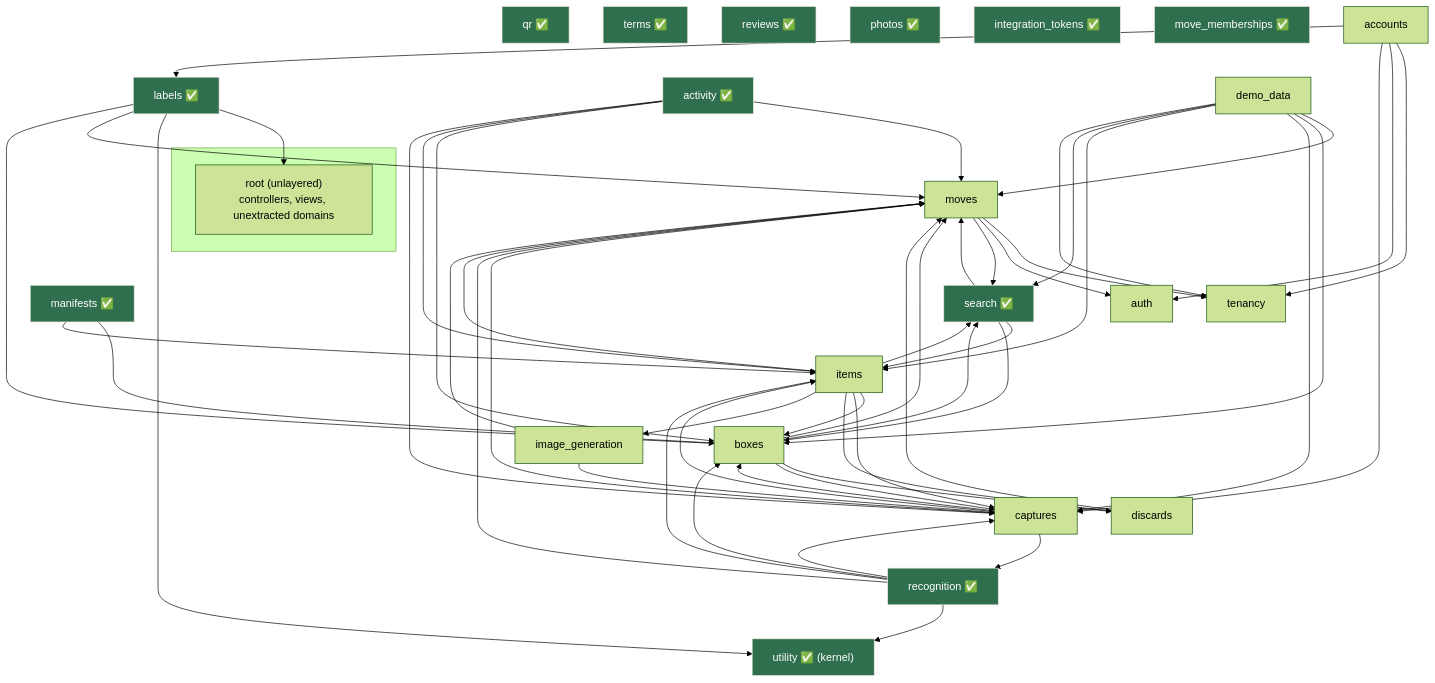
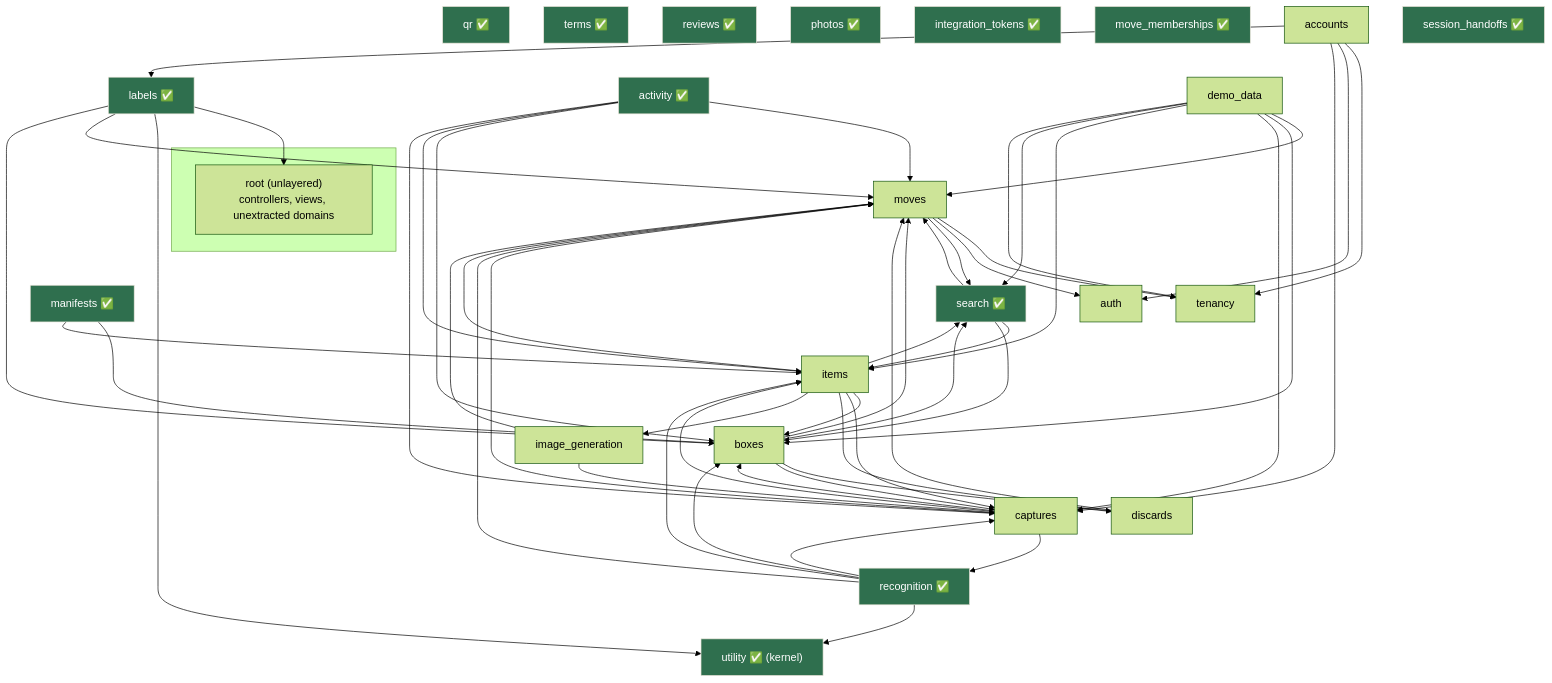
One commit to joel/move changed the diagram in doc/project/packwerk-boundaries.md. Above: the diagram before and after it, drawn with Mermaid (forest theme). The commit also changed 6 other files, not shown here.

Commit message:
docs(packwerk): mark session_handoffs extracted (+ regen diagrams)

````diff
--- a/doc/project/packwerk-boundaries.md
+++ b/doc/project/packwerk-boundaries.md
@@ -154,47 +154,48 @@
 ```mermaid
 graph TD
     subgraph application [" "]
       root["root (unlayered)<br/>controllers, views, unextracted domains"]
     end
 
     labels["labels ✅"]
     utility["utility ✅ (kernel)"]
     boxes["boxes"]
     items["items"]
     moves["moves"]
     captures["captures"]
     recognition["recognition ✅"]
     search["search ✅"]
     image_gen["image_generation"]
     activity["activity ✅"]
     qr["qr ✅"]
     terms["terms ✅"]
     reviews["reviews ✅"]
     photos["photos ✅"]
     integration_tokens["integration_tokens ✅"]
     move_memberships["move_memberships ✅"]
     manifests["manifests ✅"]
     discards["discards"]
     accounts["accounts"]
     demo["demo_data"]
     tenancy["tenancy"]
+    session_handoffs["session_handoffs ✅"]
     auth["auth"]
 
     labels --> root & utility
     boxes --> moves & discards & search & captures
     items --> boxes & moves & captures & discards & image_gen & search
     captures --> moves & boxes & items & recognition
     recognition --> moves & boxes & items & captures & utility
     search --> moves & items & boxes
     moves --> tenancy & auth & search
     image_gen --> moves & captures
     activity --> moves & boxes & items & captures
     manifests --> boxes & items
     labels --> moves & boxes
     accounts --> tenancy & auth & captures & labels
     demo --> moves & boxes & captures & items & search & tenancy
     discards --> moves
 
     classDef done fill:#2f6f4e,stroke:#ECE7DC,color:#fff;
-    class labels,utility,manifests,search,recognition,activity,qr,terms,reviews,photos,integration_tokens,move_memberships done;
+    class labels,utility,manifests,search,recognition,activity,qr,terms,reviews,photos,integration_tokens,move_memberships,session_handoffs done;
 ```
````
